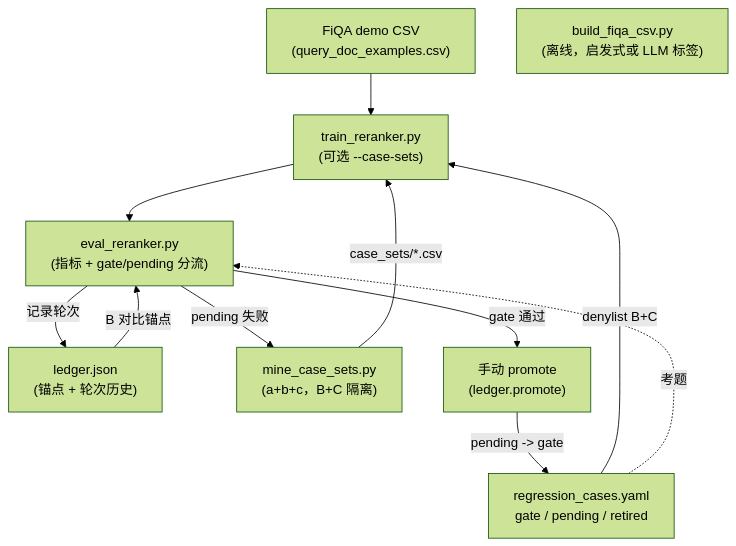
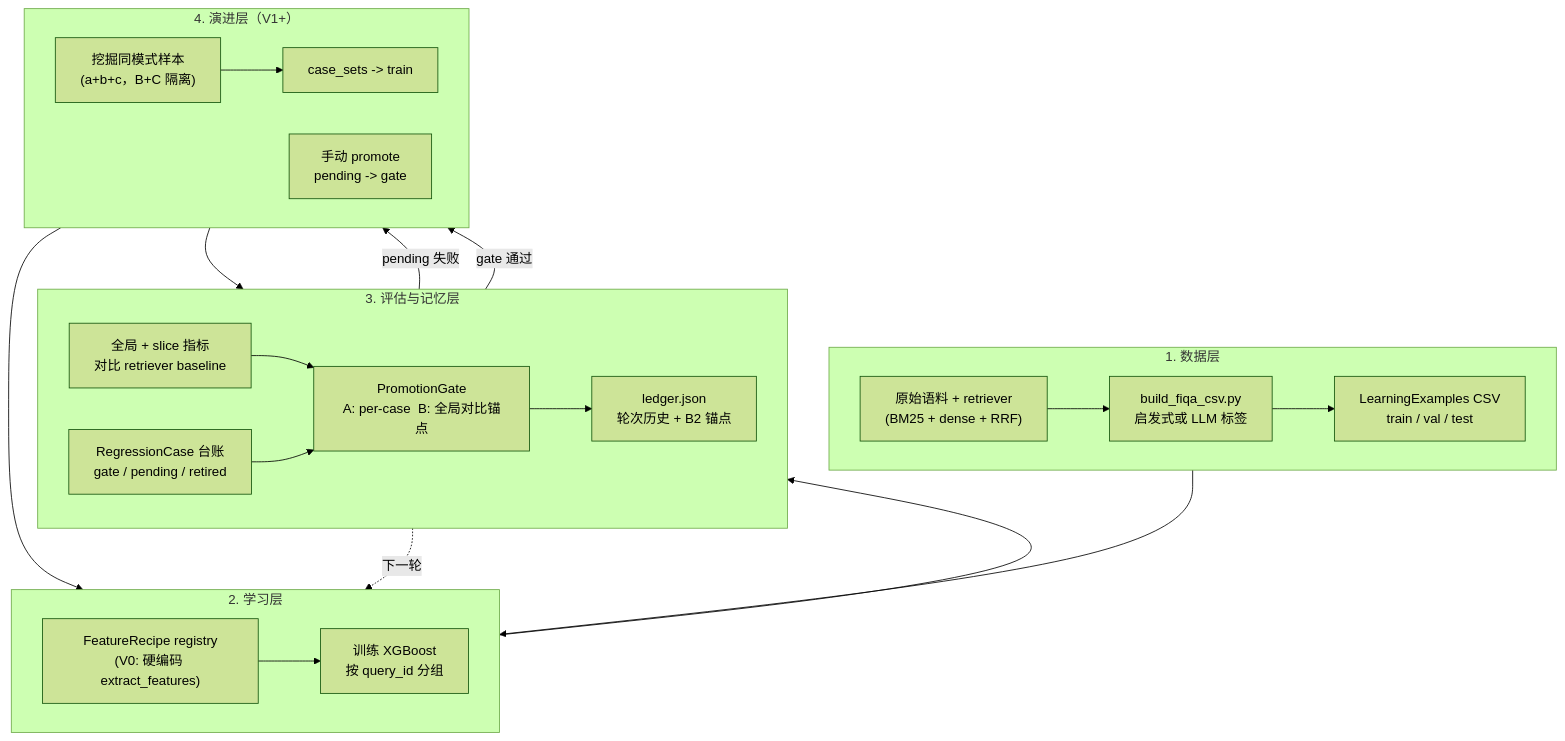
One commit to ansvver/heuriboost changed the diagram in README.zh-CN.md. Above: the diagram before and after it, drawn with Mermaid (forest theme). The commit also changed other lines of this file and 1 other file, not shown here.

First line of the commit message:
Add Concept section + project-wide 4-layer flow to READMEs

````diff
--- a/README.zh-CN.md
+++ b/README.zh-CN.md
@@ -56,24 +73,40 @@
 ```mermaid
 flowchart TD
-  CSV["FiQA demo CSV<br/>(query_doc_examples.csv)"]
-  CASES["regression_cases.yaml<br/>gate / pending / retired"]
-  LEDGER["ledger.json<br/>(锚点 + 轮次历史)"]
+  subgraph DATA["1. 数据层"]
+    direction LR
+    SRC["原始语料 + retriever<br/>(BM25 + dense + RRF)"]
+    BUILD["build_fiqa_csv.py<br/>启发式或 LLM 标签"]
+    CSV["LearningExamples CSV<br/>train / val / test"]
+    SRC --> BUILD --> CSV
+  end
 
-  BUILD["build_fiqa_csv.py<br/>(离线，启发式或 LLM 标签)"]
-  TRAIN["train_reranker.py<br/>(可选 --case-sets)"]
-  EVAL["eval_reranker.py<br/>(指标 + gate/pending 分流)"]
+  subgraph LEARN["2. 学习层"]
+    direction LR
+    FEATS["FeatureRecipe registry<br/>(V0: 硬编码 extract_features)"]
+    TRAIN["训练 XGBoost<br/>按 query_id 分组"]
+    CSV --> FEATS --> TRAIN
+  end
 
-  CSV --> TRAIN
-  CASES -->|denylist B+C| TRAIN
-  TRAIN --> EVAL
-  EVAL -->|记录轮次| LEDGER
-  LEDGER -->|B 对比锚点| EVAL
+  subgraph EVAL["3. 评估与记忆层"]
+    direction LR
+    METRICS["全局 + slice 指标<br/>对比 retriever baseline"]
+    CASES["RegressionCase 台账<br/>gate / pending / retired"]
+    GATE["PromotionGate<br/>A: per-case  B: 全局对比锚点"]
+    LEDGER["ledger.json<br/>轮次历史 + B2 锚点"]
+    TRAIN --> METRICS
+    METRICS --> GATE
+    CASES --> GATE
+    GATE --> LEDGER
+  end
 
-  EVAL -->|pending 失败| MINE["mine_case_sets.py<br/>(a+b+c，B+C 隔离)"]
-  MINE -->|case_sets/*.csv| TRAIN
+  subgraph EVOLVE["4. 演进层（V1+）"]
+    direction LR
+    MINE["挖掘同模式样本<br/>(a+b+c，B+C 隔离)"]
+    SETS["case_sets -> train"]
+    PROMOTE["手动 promote<br/>pending -> gate"]
+    LEDGER -->|pending 失败| MINE --> SETS --> FEATS
+    LEDGER -->|gate 通过| PROMOTE --> CASES
+  end
 
-  EVAL -->|gate 通过| PROMOTE["手动 promote<br/>(ledger.promote)"]
-  PROMOTE -->|pending -> gate| CASES
-
-  CASES -.考题.-> EVAL
+  LEDGER -.下一轮.-> LEARN
 ```
````
